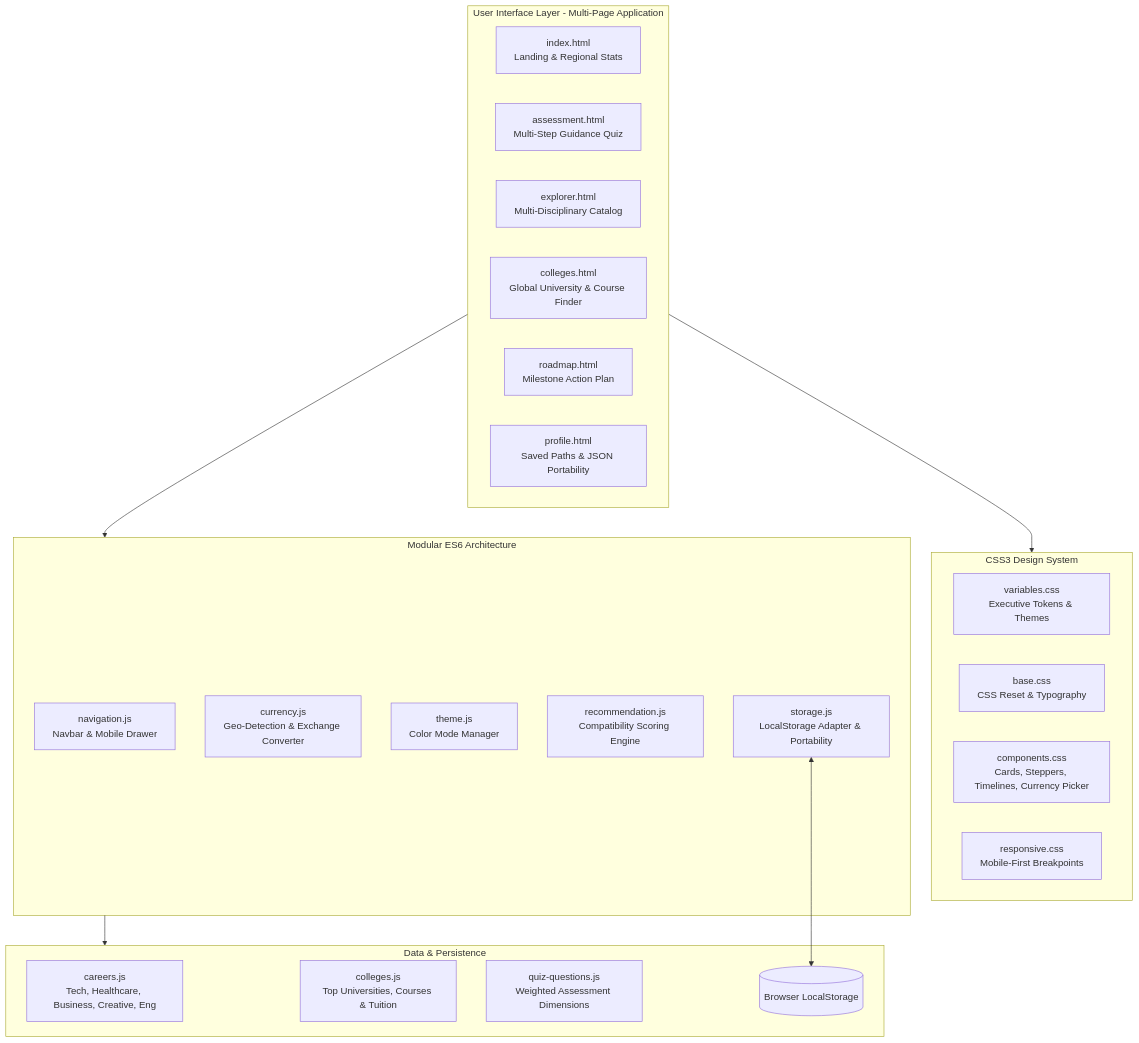
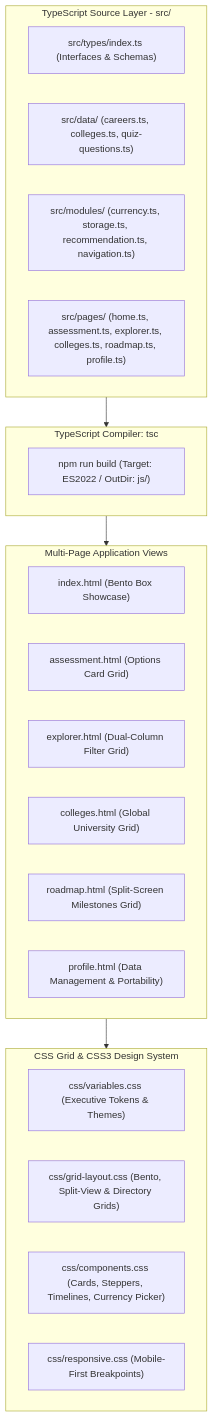
Before and after one commit to vasishtaaa/Career_Guidance_Platform: the diagram in README.md, drawn with Mermaid. The commit also changed other lines of this file and 42 other files, not shown here.

Commit message:
feat: migrate to TypeScript 5.7 and implement CSS Grid Architecture

````diff
--- a/README.md
+++ b/README.md
@@ -31,38 +35,33 @@
 ```mermaid
 flowchart TD
-    subgraph UI_Layer [User Interface Layer - Multi-Page Application]
-        P1[index.html<br/>Landing & Regional Stats]
-        P2[assessment.html<br/>Multi-Step Guidance Quiz]
-        P3[explorer.html<br/>Multi-Disciplinary Catalog]
-        P4[colleges.html<br/>Global University & Course Finder]
-        P5[roadmap.html<br/>Milestone Action Plan]
-        P6[profile.html<br/>Saved Paths & JSON Portability]
+    subgraph TypeScript_Layer [TypeScript Source Layer - src/]
+        T1["src/types/index.ts (Interfaces & Schemas)"]
+        T2["src/data/ (careers.ts, colleges.ts, quiz-questions.ts)"]
+        T3["src/modules/ (currency.ts, storage.ts, recommendation.ts, navigation.ts)"]
+        T4["src/pages/ (home.ts, assessment.ts, explorer.ts, colleges.ts, roadmap.ts, profile.ts)"]
     end
 
-    subgraph Presentation_Layer [CSS3 Design System]
-        VARS[variables.css<br/>Executive Tokens & Themes]
-        BASE[base.css<br/>CSS Reset & Typography]
-        COMP[components.css<br/>Cards, Steppers, Timelines, Currency Picker]
-        RESP[responsive.css<br/>Mobile-First Breakpoints]
+    subgraph Build_Pipeline [TypeScript Compiler: tsc]
+        TSC["npm run build (Target: ES2022 / OutDir: js/)"]
     end
 
-    subgraph Logic_Layer [Modular ES6 Architecture]
-        NAV[navigation.js<br/>Navbar & Mobile Drawer]
-        CURR[currency.js<br/>Geo-Detection & Exchange Converter]
-        THEME[theme.js<br/>Color Mode Manager]
-        RECOM[recommendation.js<br/>Compatibility Scoring Engine]
-        STORE[storage.js<br/>LocalStorage Adapter & Portability]
+    subgraph Presentation_Layer [CSS Grid & CSS3 Design System]
+        VARS["css/variables.css (Executive Tokens & Themes)"]
+        GRID["css/grid-layout.css (Bento, Split-View & Directory Grids)"]
+        COMP["css/components.css (Cards, Steppers, Timelines, Currency Picker)"]
+        RESP["css/responsive.css (Mobile-First Breakpoints)"]
     end
 
-    subgraph Data_Layer [Data & Persistence]
-        DATA1[careers.js<br/>Tech, Healthcare, Business, Creative, Eng]
-        DATA2[colleges.js<br/>Top Universities, Courses & Tuition]
-        DATA3[quiz-questions.js<br/>Weighted Assessment Dimensions]
-        LOCAL[(Browser LocalStorage)]
+    subgraph Runtime_UI [Multi-Page Application Views]
+        P1["index.html (Bento Box Showcase)"]
+        P2["assessment.html (Options Card Grid)"]
+        P3["explorer.html (Dual-Column Filter Grid)"]
+        P4["colleges.html (Global University Grid)"]
+        P5["roadmap.html (Split-Screen Milestones Grid)"]
+        P6["profile.html (Data Management & Portability)"]
     end
 
-    UI_Layer --> Presentation_Layer
-    UI_Layer --> Logic_Layer
-    Logic_Layer --> Data_Layer
-    STORE <--> LOCAL
+    TypeScript_Layer --> Build_Pipeline
+    Build_Pipeline --> Runtime_UI
+    Runtime_UI --> Presentation_Layer
 ```
````
